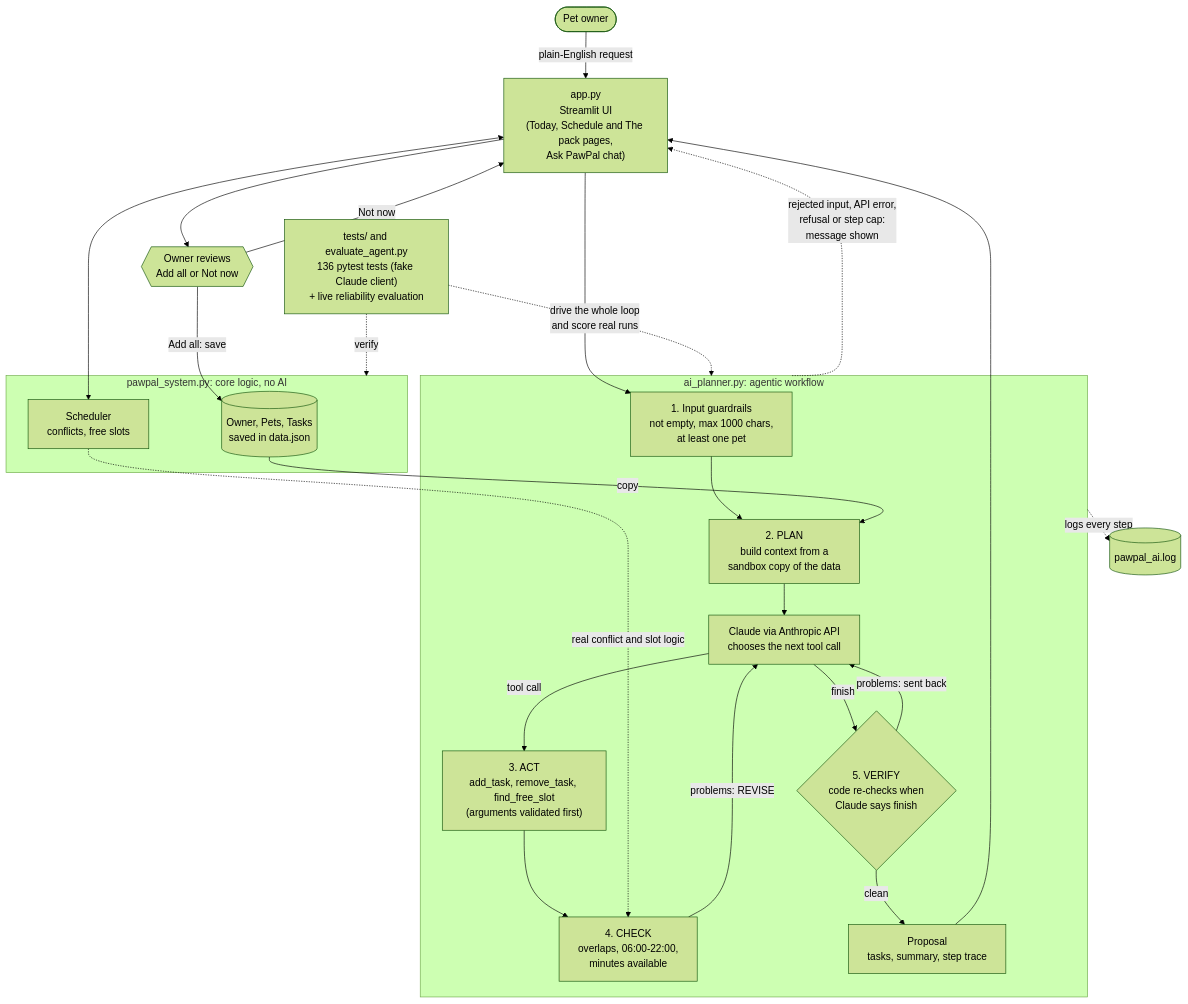
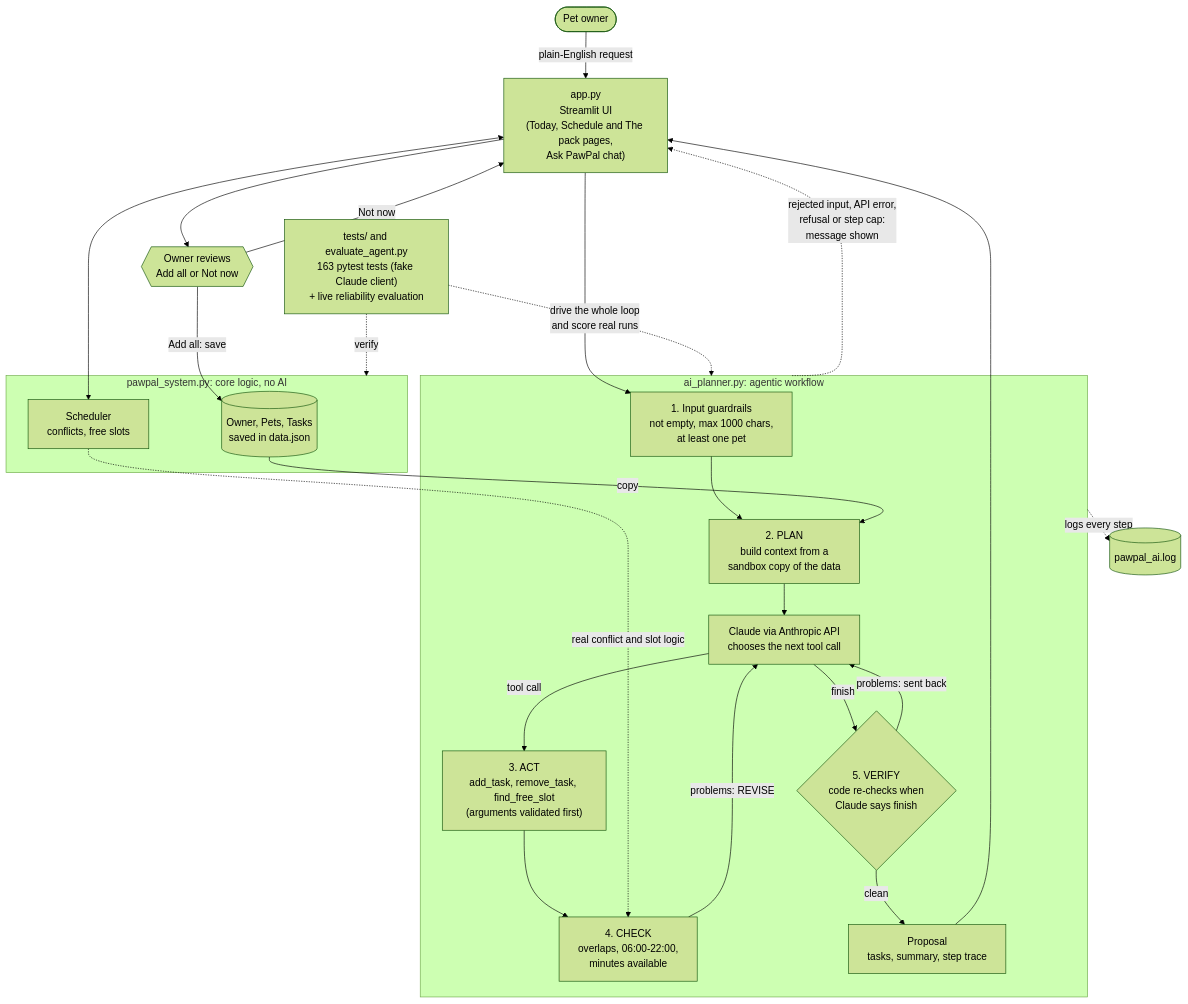
Before and after one commit to bior-m16/applied-ai-system-project: the diagram in README.md, drawn with Mermaid (forest theme). The commit also changed other lines of this file and 6 other files, not shown here.

````diff
--- a/README.md
+++ b/README.md
@@ -31,55 +31,55 @@
 ```mermaid
 ﻿flowchart TD
     %% PawPal+ architecture with the AI planning agent.
     %% Solid arrows = data flow. Dotted arrows = checking, logging and testing.
     %% The hexagon is the human decision point.
 
     User([Pet owner])
     App["app.py<br/>Streamlit UI<br/>(Today, Schedule and The pack pages,<br/>Ask PawPal chat)"]
 
     subgraph Core["pawpal_system.py: core logic, no AI"]
         Owner[("Owner, Pets, Tasks<br/>saved in data.json")]
         Scheduler["Scheduler<br/>conflicts, free slots"]
     end
 
     subgraph Agent["ai_planner.py: agentic workflow"]
         Input["1. Input guardrails<br/>not empty, max 1000 chars,<br/>at least one pet"]
         Context["2. PLAN<br/>build context from a<br/>sandbox copy of the data"]
         Claude["Claude via Anthropic API<br/>chooses the next tool call"]
         Tools["3. ACT<br/>add_task, remove_task, find_free_slot<br/>(arguments validated first)"]
         Check["4. CHECK<br/>overlaps, 06:00-22:00,<br/>minutes available"]
         Verify{"5. VERIFY<br/>code re-checks when<br/>Claude says finish"}
         Proposal["Proposal<br/>tasks, summary, step trace"]
     end
 
     Human{{"Owner reviews<br/>Add all or Not now"}}
     Log[("pawpal_ai.log")]
-    Tests["tests/ and evaluate_agent.py<br/>136 pytest tests (fake Claude client)<br/>+ live reliability evaluation"]
+    Tests["tests/ and evaluate_agent.py<br/>163 pytest tests (fake Claude client)<br/>+ live reliability evaluation"]
 
     %% Input -> process -> output
     User -->|"plain-English request"| App
     App --> Input
     Input --> Context
     Owner -->|"copy"| Context
     Context --> Claude
     Claude -->|"tool call"| Tools
     Tools --> Check
     Check -->|"problems: REVISE"| Claude
     Claude -->|"finish"| Verify
     Verify -->|"problems: sent back"| Claude
     Verify -->|"clean"| Proposal
     Proposal --> App
     App --> Human
     Human -->|"Add all: save"| Owner
     Human -->|"Not now"| App
 
     %% Normal app use and error paths
     App <--> Scheduler
     Scheduler -.->|"real conflict and slot logic"| Check
     Agent -.->|"rejected input, API error,<br/>refusal or step cap:<br/>message shown"| App
 
     %% Logging and testing
     Agent -.->|"logs every step"| Log
     Tests -.->|"verify"| Core
     Tests -.->|"drive the whole loop<br/>and score real runs"| Agent
 ```
````
